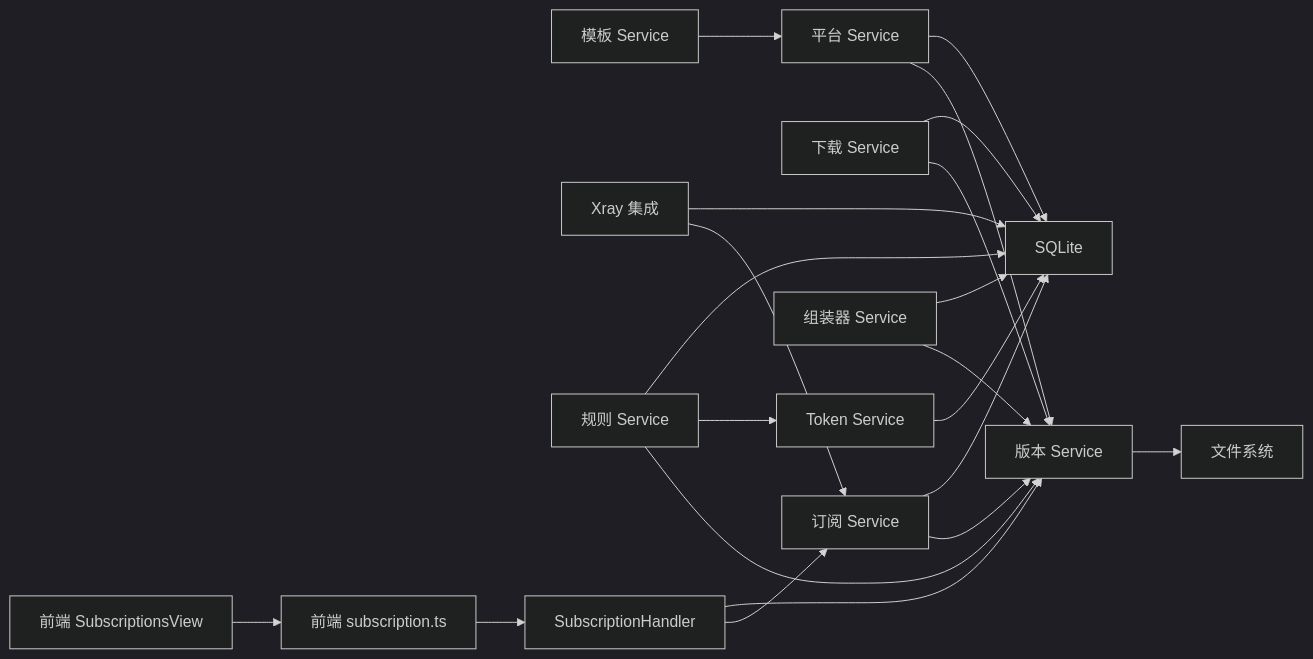
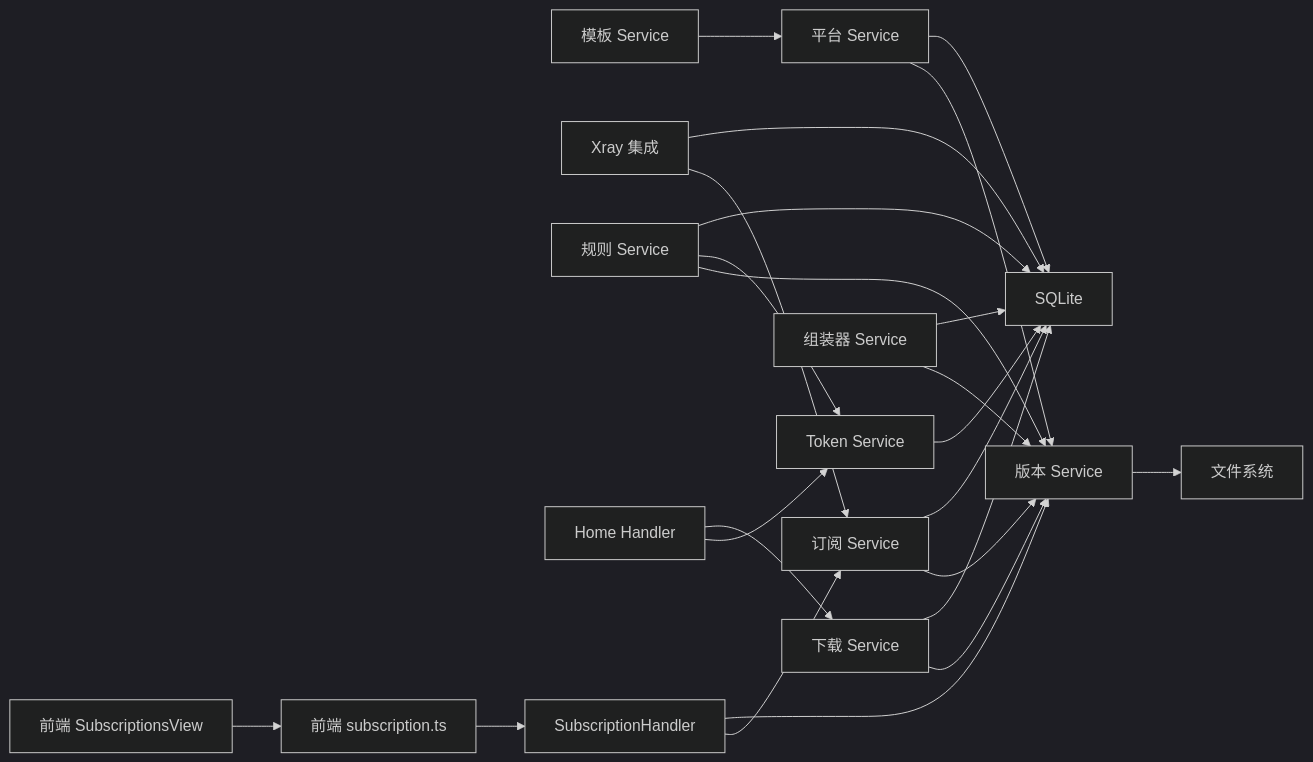
Diagram 11 of 11 in .qoder/repowiki/zh/content/核心功能模块/订阅管理系统.md (AlcaProphet/VPN-Subscription-Management), drawn with Mermaid (dark theme) before and after one commit. The commit also changed other lines of this file and 4 other files, not shown here.

````diff
--- a/.qoder/repowiki/zh/content/核心功能模块/订阅管理系统.md
+++ b/.qoder/repowiki/zh/content/核心功能模块/订阅管理系统.md
@@ -485,23 +540,25 @@
 ```mermaid
 graph LR
 Sub["订阅 Service"] --> Ver["版本 Service"]
 Sub --> DB["SQLite"]
 Ver --> FS["文件系统"]
 DL["下载 Service"] --> Ver
 DL --> DB
 Plat["平台 Service"] --> Ver
 Plat --> DB
 Tok["Token Service"] --> DB
 Asm["组装器 Service"] --> Ver
 Asm --> DB
 Template["模板 Service"] --> Plat
 Xray["Xray 集成"] --> Sub
 Xray --> DB
 Rule["规则 Service"] --> Ver
 Rule --> Tok
 Rule --> DB
+HOME["Home Handler"] --> Tok
+HOME --> DL
 FE["前端 SubscriptionsView"] --> API["前端 subscription.ts"]
 API --> Srv["SubscriptionHandler"]
 Srv --> Sub
 Srv --> Ver
 ```
````
